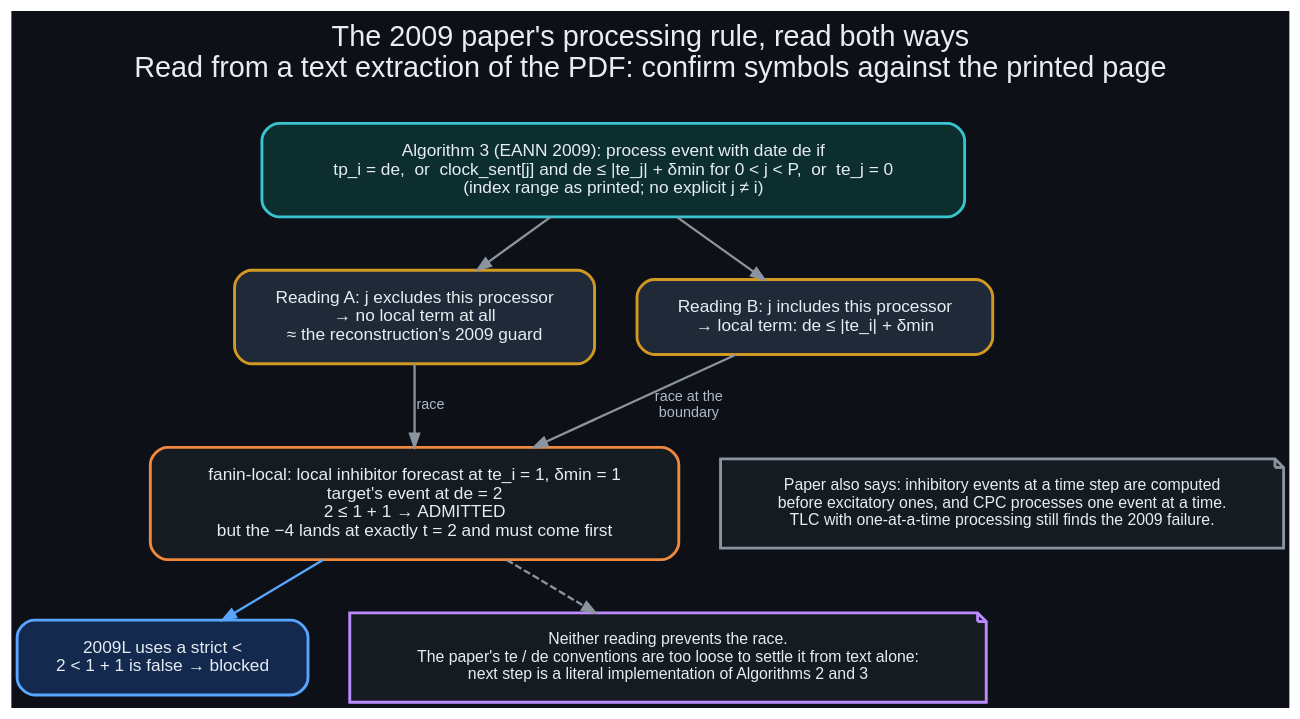
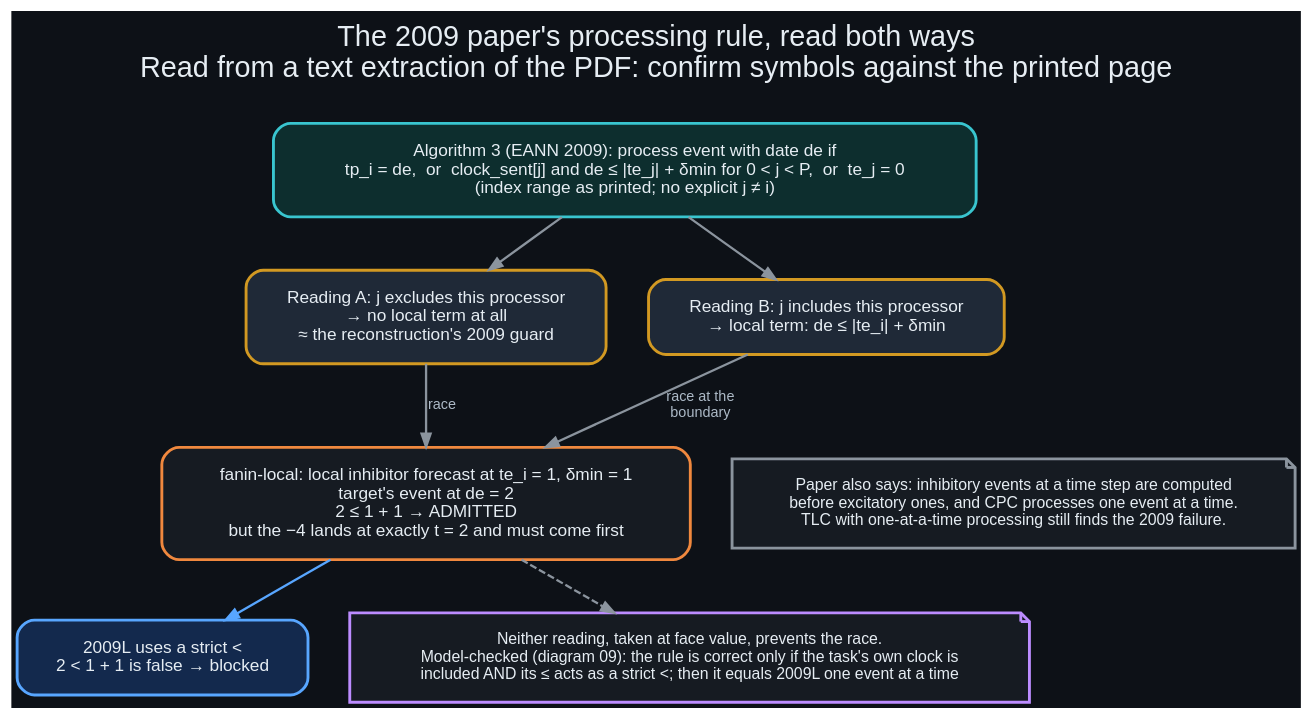
Before and after one commit to danindiana/go_damned: the diagram in diagrams/2026-11-24-verification/04_paper_algorithm3.dot, drawn with Graphviz. The commit also changed 73 other files, not shown here.

First line of the commit message:
Model-check the 2009 paper's processing rule in each reading

```diff
--- a/diagrams/2026-11-24-verification/04_paper_algorithm3.dot
+++ b/diagrams/2026-11-24-verification/04_paper_algorithm3.dot
@@ -1,27 +1,27 @@
 digraph paper_algorithm3 {
     graph [bgcolor="#0d1117", rankdir=TB, fontname="Helvetica", fontcolor="#e6edf3",
            labelloc="t", fontsize=20, nodesep=0.4, ranksep=0.5,
            label="The 2009 paper's processing rule, read both ways\nRead from a text extraction of the PDF: confirm symbols against the printed page\n "];
     node  [fontname="Helvetica", fontcolor="#e6edf3", color="#30363d", style="filled,rounded",
            shape=box, penwidth=2, margin="0.25,0.18", fillcolor="#161b22", fontsize=12];
     edge  [color="#8b949e", fontname="Helvetica", fontcolor="#adbac7", penwidth=1.6, arrowsize=0.9, fontsize=10];
 
     rule [label="Algorithm 3 (EANN 2009): process event with date de if\ntp_i = de,  or  clock_sent[j] and de ≤ |te_j| + δmin for 0 < j < P,  or  te_j = 0\n(index range as printed; no explicit j ≠ i)", color="#39c5cf", fillcolor="#0d2e2e", fontsize=12];
 
     r1 [label="Reading A: j excludes this processor\n→ no local term at all\n≈ the reconstruction's 2009 guard", color="#d29922", fillcolor="#1f2937"];
     r2 [label="Reading B: j includes this processor\n→ local term: de ≤ |te_i| + δmin", color="#d29922", fillcolor="#1f2937"];
 
     ex [label="fanin-local: local inhibitor forecast at te_i = 1, δmin = 1\ntarget's event at de = 2\n2 ≤ 1 + 1 → ADMITTED\nbut the −4 lands at exactly t = 2 and must come first", color="#f0883e"];
 
     l [label="2009L uses a strict <\n2 < 1 + 1 is false → blocked", color="#58a6ff", fillcolor="#13294d"];
 
-    verdict [label="Neither reading prevents the race.\nThe paper's te / de conventions are too loose to settle it from text alone:\nnext step is a literal implementation of Algorithms 2 and 3", shape=note, color="#bc8cff", fontsize=11];
+    verdict [label="Neither reading, taken at face value, prevents the race.\nModel-checked (diagram 09): the rule is correct only if the task's own clock is\nincluded AND its ≤ acts as a strict <; then it equals 2009L one event at a time", shape=note, color="#bc8cff", fontsize=11];
 
     rule -> r1; rule -> r2;
     r1 -> ex [label="race"]; r2 -> ex [label="race at the\nboundary"];
     ex -> l [color="#58a6ff"];
     ex -> verdict [style=dashed];
 
     also [label="Paper also says: inhibitory events at a time step are computed\nbefore excitatory ones, and CPC processes one event at a time.\nTLC with one-at-a-time processing still finds the 2009 failure.", shape=note, color="#8b949e", fontsize=11];
     r2 -> also [style=invis];
 }
```
